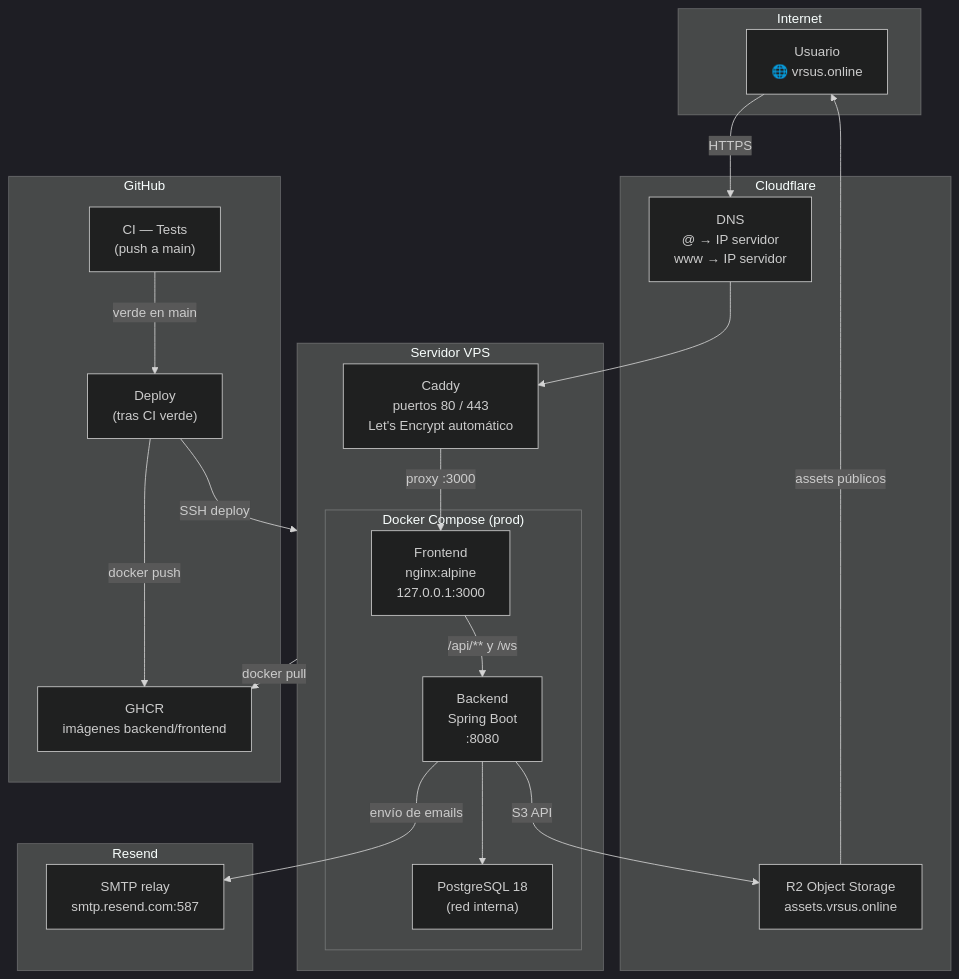
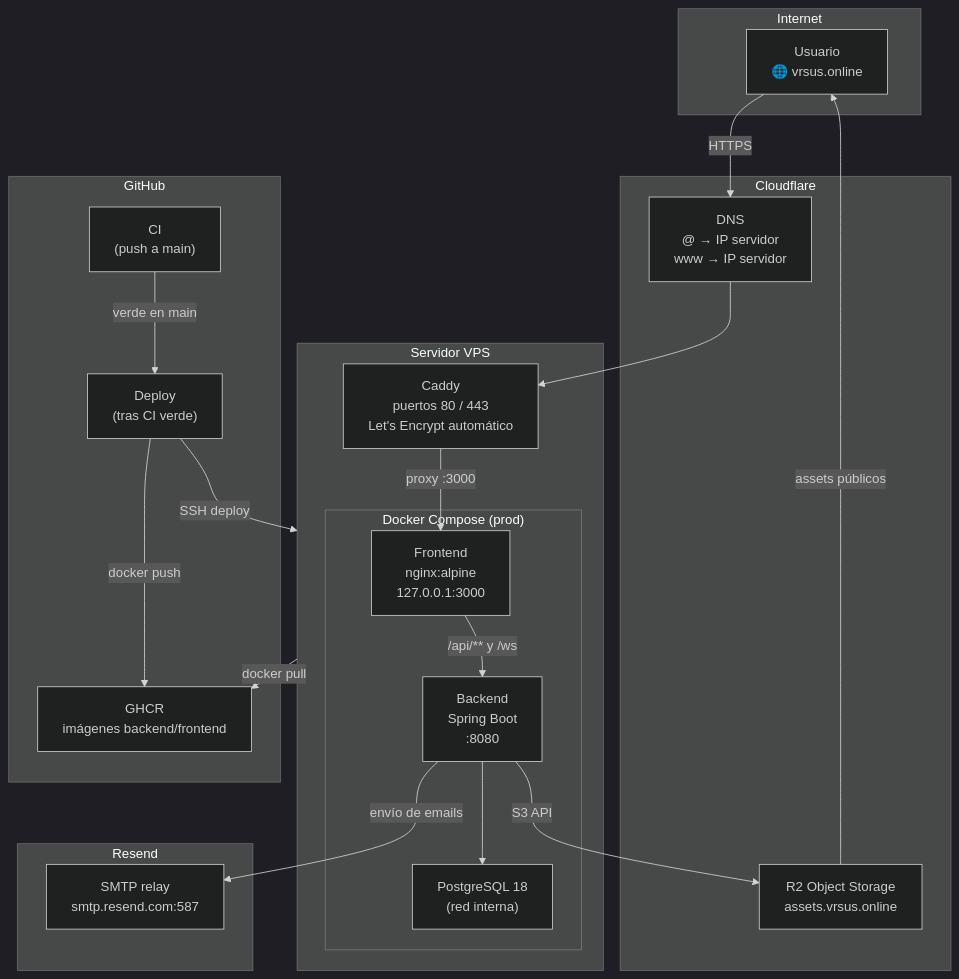
The first of 2 diagrams in docs/arquitectura/deployment.md (ualbrl973/versus2026), drawn with Mermaid (dark theme) before and after one commit. The commit also changed other lines of this file and 11 other files, not shown here.

````diff
--- a/docs/arquitectura/deployment.md
+++ b/docs/arquitectura/deployment.md
@@ -21,44 +21,44 @@
 ```mermaid
 graph TB
     subgraph Internet
         User["Usuario\n🌐 vrsus.online"]
     end
 
     subgraph Cloudflare
         CF_DNS["DNS\n@ → IP servidor\nwww → IP servidor"]
         CF_R2["R2 Object Storage\nassets.vrsus.online"]
     end
 
     subgraph Servidor["Servidor VPS"]
         Caddy["Caddy\npuertos 80 / 443\nLet's Encrypt automático"]
         subgraph Docker["Docker Compose (prod)"]
             FE["Frontend\nnginx:alpine\n127.0.0.1:3000"]
             BE["Backend\nSpring Boot\n:8080"]
             DB["PostgreSQL 18\n(red interna)"]
         end
     end
 
     subgraph GitHub
-        GH_CI["CI — Tests\n(push a main)"]
+        GH_CI["CI\n(push a main)"]
         GH_Deploy["Deploy\n(tras CI verde)"]
         GHCR["GHCR\nimágenes backend/frontend"]
     end
 
     subgraph Resend
         SMTP["SMTP relay\nsmtp.resend.com:587"]
     end
 
     User -->|"HTTPS"| CF_DNS
     CF_DNS --> Caddy
     Caddy -->|"proxy :3000"| FE
     FE -->|"/api/** y /ws"| BE
     BE --> DB
     BE -->|"S3 API"| CF_R2
     BE -->|"envío de emails"| SMTP
     CF_R2 -->|"assets públicos"| User
 
     GH_CI -->|"verde en main"| GH_Deploy
     GH_Deploy -->|"docker push"| GHCR
     GH_Deploy -->|"SSH deploy"| Servidor
     Servidor -->|"docker pull"| GHCR
 ```
````
